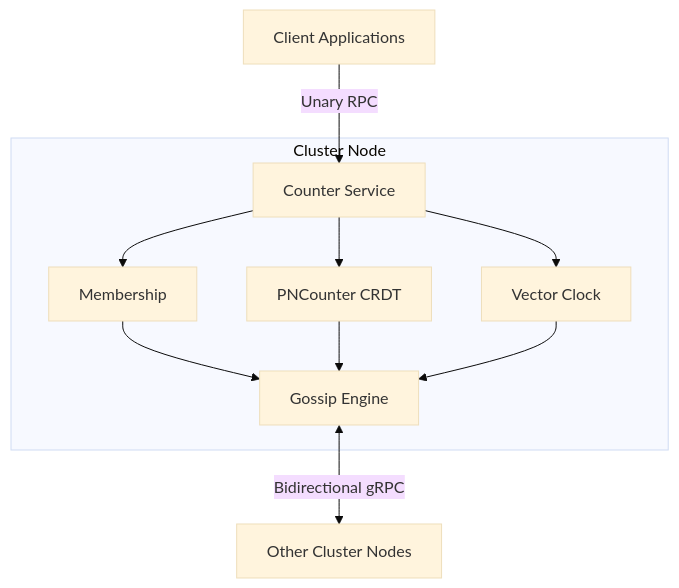
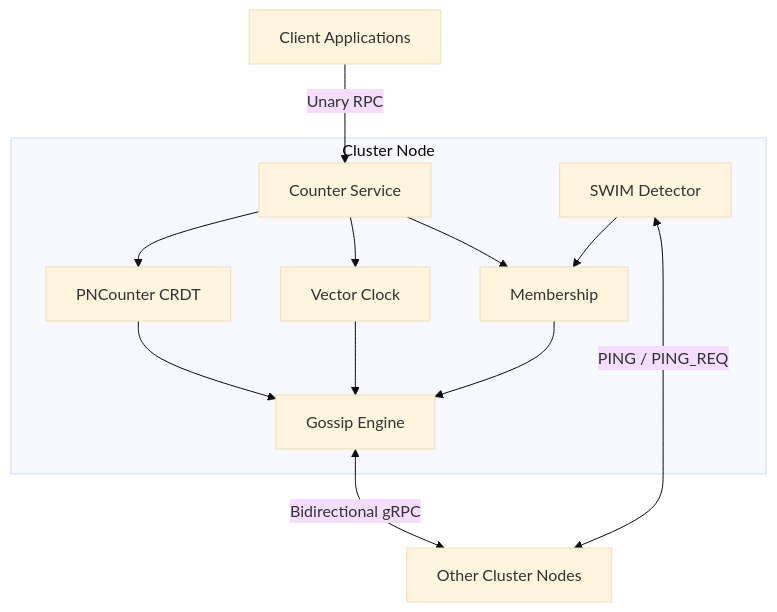
One commit to VeryFach/distributed-counter changed the first of 5 diagrams in README.md. Above: the diagram before and after it, drawn with Mermaid (base theme). The commit also changed other lines of this file, not shown here.

````diff
--- a/README.md
+++ b/README.md
@@ -39,20 +53,22 @@
 ```mermaid
 flowchart TD
     Client[Client Applications]
 
     Client -->|Unary RPC| CounterService
 
     subgraph Node["Cluster Node"]
         CounterService[Counter Service]
 
         CounterService --> PNCounter[PNCounter CRDT]
         CounterService --> VectorClock[Vector Clock]
         CounterService --> Membership[Membership]
 
         Membership --> Gossip[Gossip Engine]
         PNCounter --> Gossip
         VectorClock --> Gossip
+        SWIM[SWIM Detector] --> Membership
     end
 
     Gossip <-->|Bidirectional gRPC| OtherNodes[Other Cluster Nodes]
+    SWIM <-->|PING / PING_REQ| OtherNodes
 ```
````
